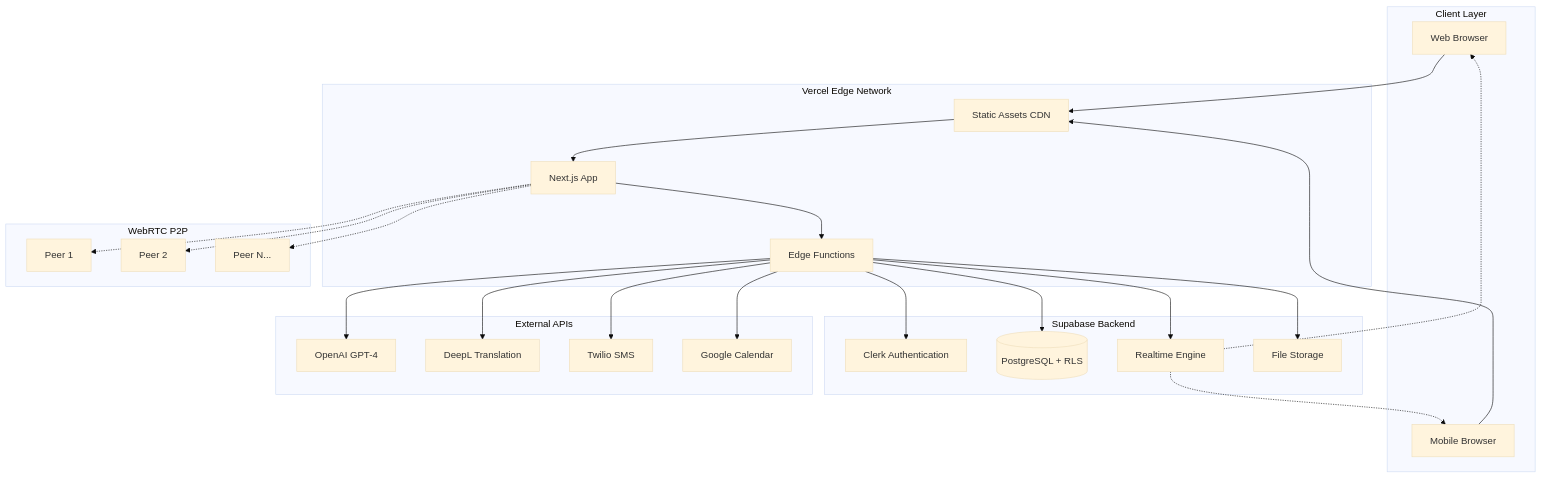
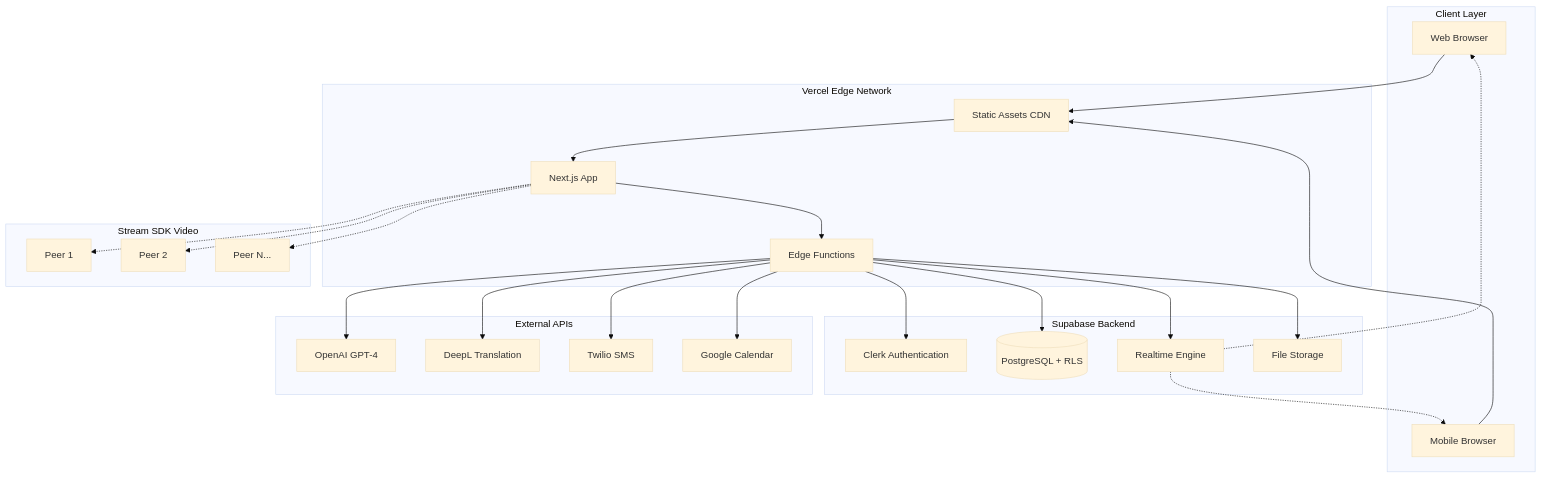
The diagram in docs/architecture/high-level-architecture.md (app-meetsolis/meetsolis), drawn with Mermaid (base theme) before and after one commit. The commit also changed other lines of this file and 12 other files, not shown here.

First line of the commit message:
refactor: migrate from WebRTC to Stream SDK across all documentation

````diff
--- a/docs/architecture/high-level-architecture.md
+++ b/docs/architecture/high-level-architecture.md
@@ -21,54 +21,54 @@
 ```mermaid
 graph TB
     subgraph "Client Layer"
         WEB[Web Browser]
         MOBILE[Mobile Browser]
     end
 
     subgraph "Vercel Edge Network"
         CDN[Static Assets CDN]
         EDGE[Edge Functions]
         NEXTJS[Next.js App]
     end
 
     subgraph "Supabase Backend"
         AUTH[Clerk Authentication]
         DB[(PostgreSQL + RLS)]
         REALTIME[Realtime Engine]
         STORAGE[File Storage]
     end
 
-    subgraph "WebRTC P2P"
+    subgraph "Stream SDK Video"
         PEER1[Peer 1]
         PEER2[Peer 2]
         PEER3[Peer N...]
     end
 
     subgraph "External APIs"
         OPENAI[OpenAI GPT-4]
         DEEPL[DeepL Translation]
         TWILIO[Twilio SMS]
         GCAL[Google Calendar]
     end
 
     WEB --> CDN
     MOBILE --> CDN
     CDN --> NEXTJS
     NEXTJS --> EDGE
     EDGE --> AUTH
     EDGE --> DB
     EDGE --> REALTIME
     EDGE --> STORAGE
 
     NEXTJS -.-> PEER1
     NEXTJS -.-> PEER2
     NEXTJS -.-> PEER3
 
     EDGE --> OPENAI
     EDGE --> DEEPL
     EDGE --> TWILIO
     EDGE --> GCAL
 
     REALTIME -.-> WEB
     REALTIME -.-> MOBILE
 ```
````
